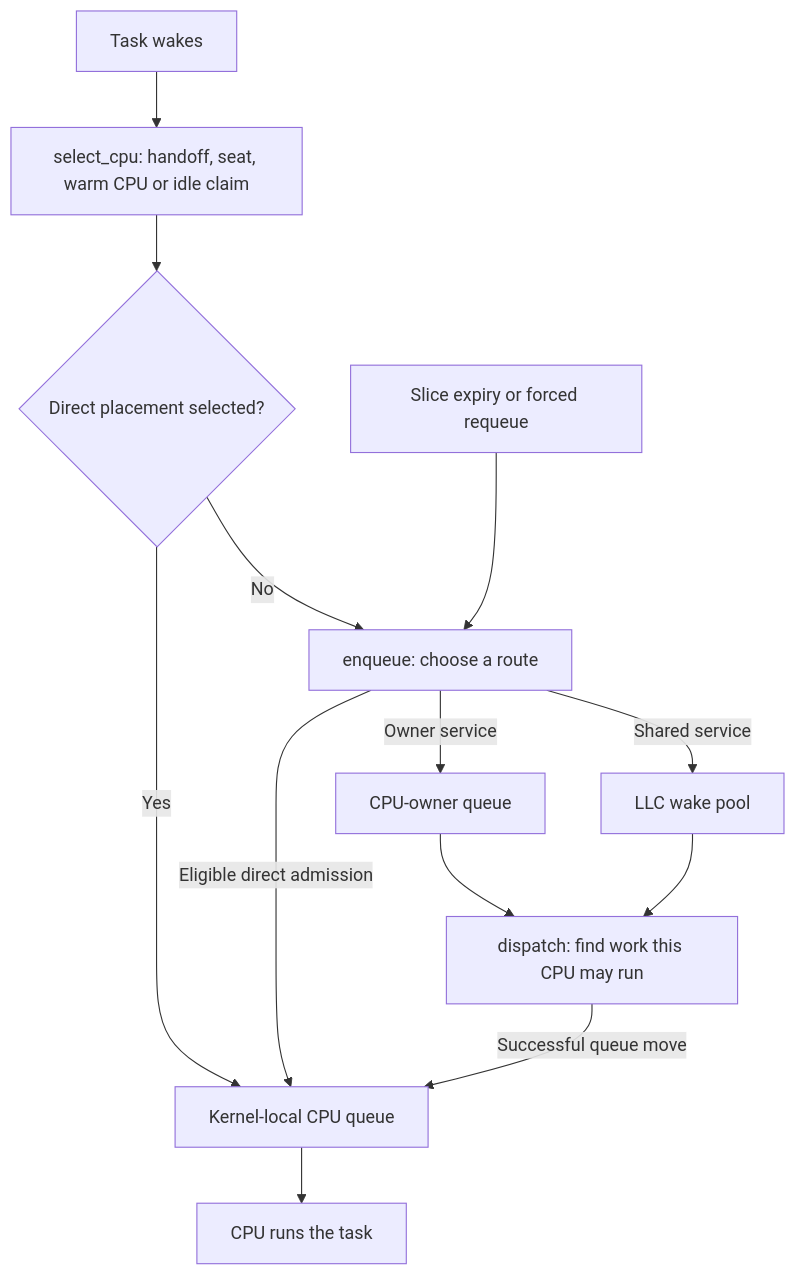
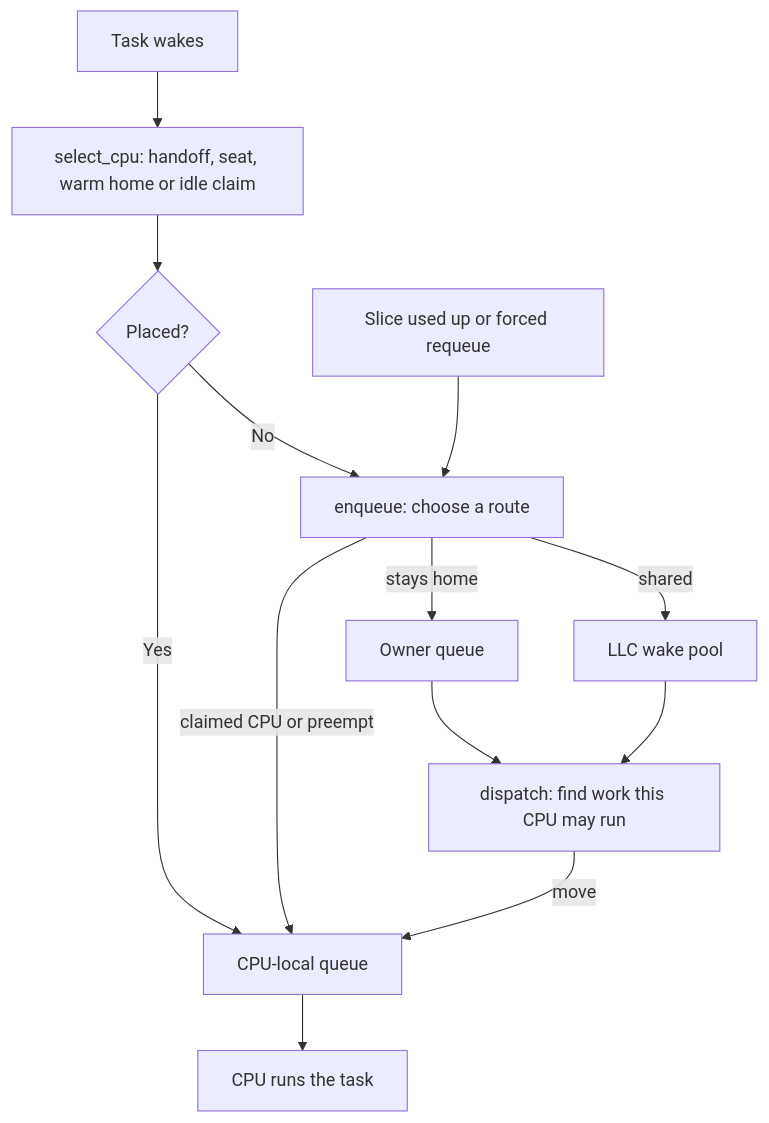
The first of 5 diagrams in scheds/rust/scx_cake/DESIGN.md (sched-ext/scx), drawn with Mermaid before and after one commit. The commit also changed other lines of this file and 15 other files, not shown here.

````diff
--- a/scheds/rust/scx_cake/DESIGN.md
+++ b/scheds/rust/scx_cake/DESIGN.md
@@ -33,15 +40,15 @@
 ```mermaid
 flowchart TD
-    W["Task wakes"] --> S["select_cpu: handoff, seat, warm CPU or idle claim"]
-    S --> D{"Direct placement selected?"}
-    D -->|Yes| L["Kernel-local CPU queue"]
+    W["Task wakes"] --> S["select_cpu: handoff, seat, warm home or idle claim"]
+    S --> D{"Placed?"}
+    D -->|Yes| L["CPU-local queue"]
     D -->|No| E["enqueue: choose a route"]
-    R["Slice expiry or forced requeue"] --> E
-    E -->|Eligible direct admission| L
-    E -->|Owner service| O["CPU-owner queue"]
-    E -->|Shared service| P["LLC wake pool"]
+    R["Slice used up or forced requeue"] --> E
+    E -->|claimed CPU or preempt| L
+    E -->|stays home| O["Owner queue"]
+    E -->|shared| P["LLC wake pool"]
     O --> X["dispatch: find work this CPU may run"]
     P --> X
-    X -->|Successful queue move| L
+    X -->|move| L
     L --> C["CPU runs the task"]
 ```
````
